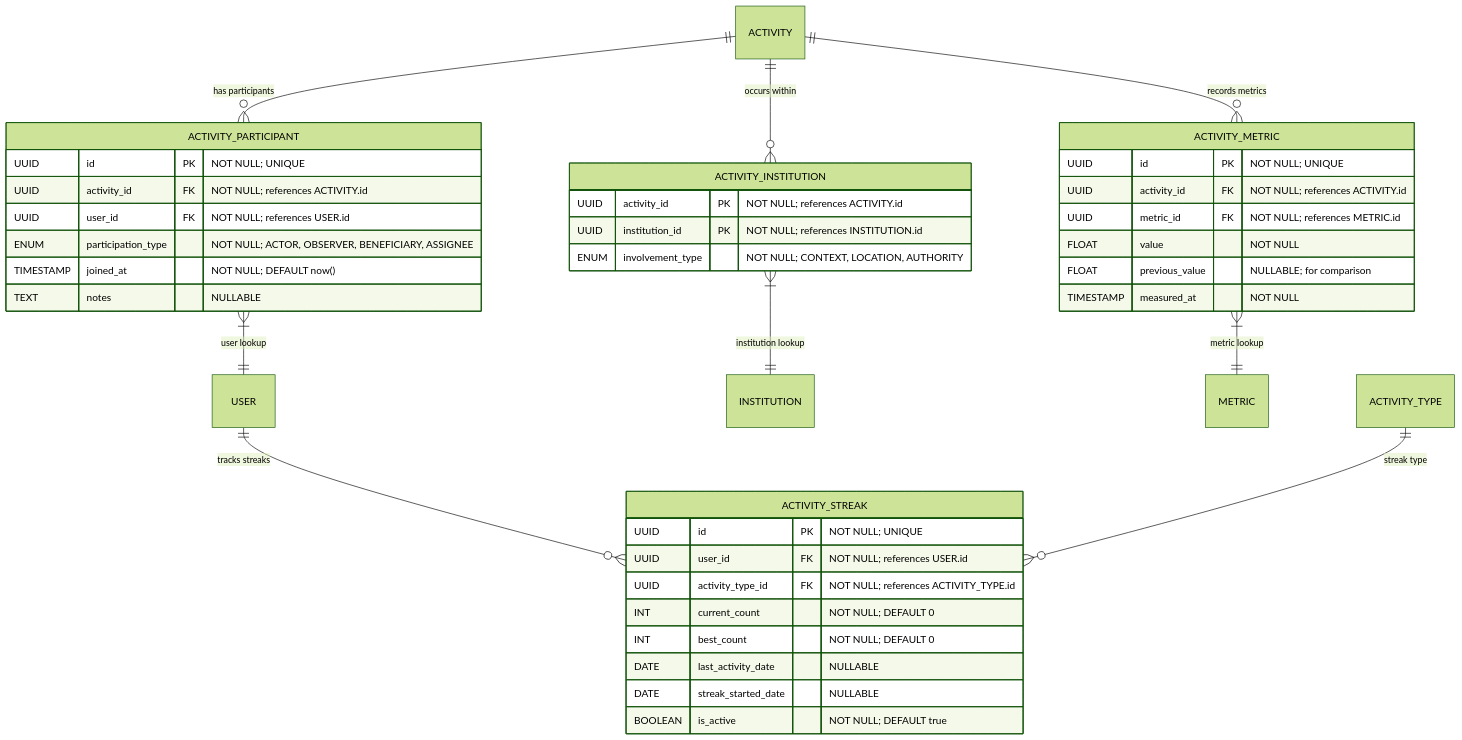
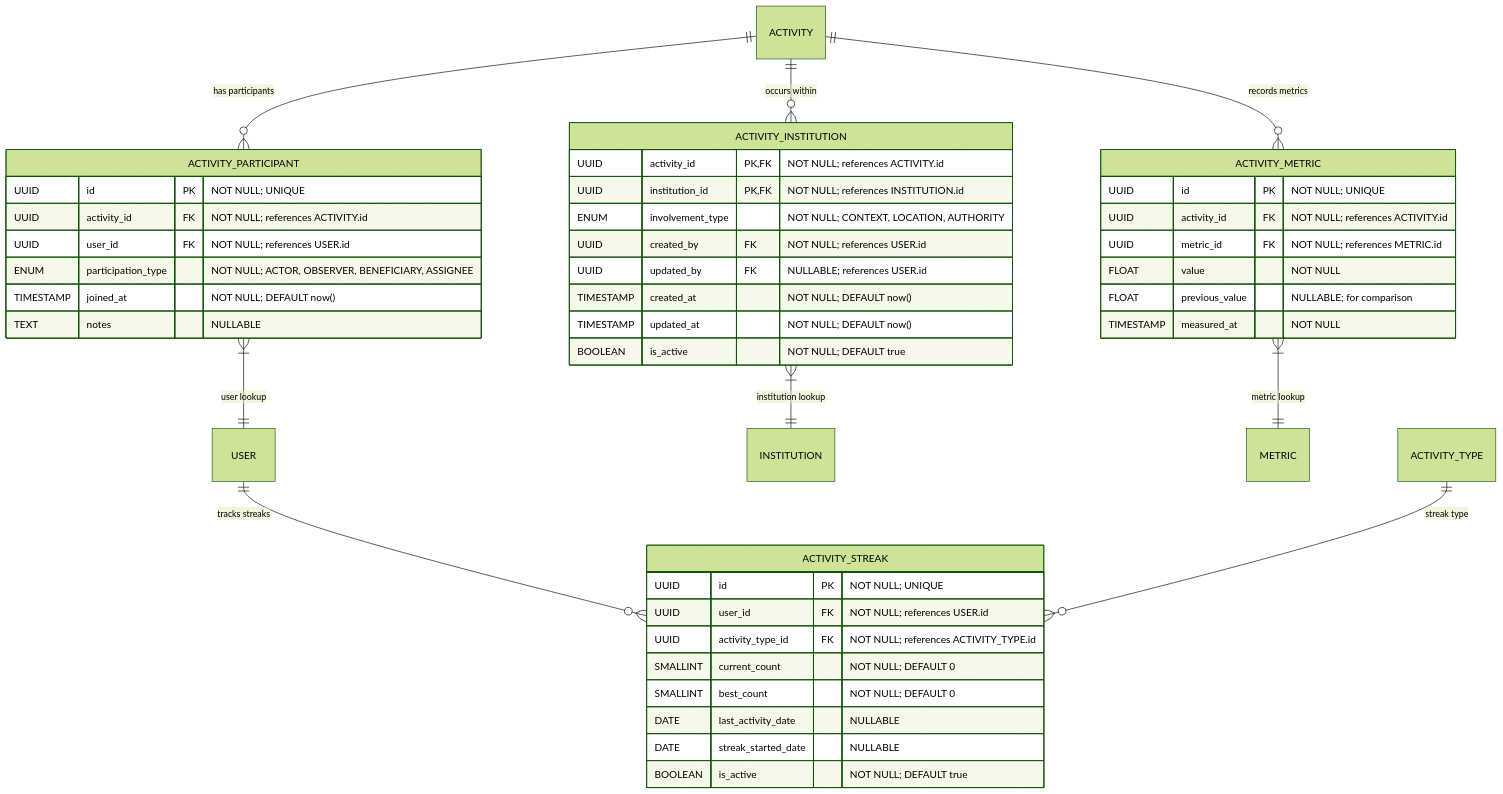
The diagram in docs/activity/activity_context_associations.md (Dratharias/Motriforge), drawn with Mermaid (forest theme) before and after one commit. The commit also changed 31 other files, not shown here.

````diff
--- a/docs/activity/activity_context_associations.md
+++ b/docs/activity/activity_context_associations.md
@@ -8,50 +8,55 @@
 ```mermaid
 erDiagram
   %%=== Layer 2: Activity Context & Associations ===%%
 
   ACTIVITY_PARTICIPANT {
     UUID id PK                         "NOT NULL; UNIQUE"
     UUID activity_id FK                "NOT NULL; references ACTIVITY.id"
     UUID user_id FK                    "NOT NULL; references USER.id"
     ENUM participation_type            "NOT NULL; ACTOR, OBSERVER, BENEFICIARY, ASSIGNEE"
     TIMESTAMP joined_at                "NOT NULL; DEFAULT now()"
     TEXT notes                         "NULLABLE"
   }
 
   ACTIVITY_INSTITUTION {
-    UUID activity_id PK                "NOT NULL; references ACTIVITY.id"
-    UUID institution_id PK             "NOT NULL; references INSTITUTION.id"
+    UUID activity_id PK,FK             "NOT NULL; references ACTIVITY.id"
+    UUID institution_id PK,FK          "NOT NULL; references INSTITUTION.id"
     ENUM involvement_type              "NOT NULL; CONTEXT, LOCATION, AUTHORITY"
+    UUID created_by FK                 "NOT NULL; references USER.id"
+    UUID updated_by FK                 "NULLABLE; references USER.id"
+    TIMESTAMP created_at               "NOT NULL; DEFAULT now()"
+    TIMESTAMP updated_at               "NOT NULL; DEFAULT now()"
+    BOOLEAN is_active                  "NOT NULL; DEFAULT true"
   }
 
   ACTIVITY_METRIC {
     UUID id PK                         "NOT NULL; UNIQUE"
     UUID activity_id FK                "NOT NULL; references ACTIVITY.id"
     UUID metric_id FK                  "NOT NULL; references METRIC.id"
     FLOAT value                        "NOT NULL"
     FLOAT previous_value               "NULLABLE; for comparison"
     TIMESTAMP measured_at              "NOT NULL"
   }
 
   ACTIVITY_STREAK {
     UUID id PK                         "NOT NULL; UNIQUE"
     UUID user_id FK                    "NOT NULL; references USER.id"
     UUID activity_type_id FK           "NOT NULL; references ACTIVITY_TYPE.id"
-    INT current_count                  "NOT NULL; DEFAULT 0"
-    INT best_count                     "NOT NULL; DEFAULT 0"
+    SMALLINT current_count                  "NOT NULL; DEFAULT 0"
+    SMALLINT best_count                     "NOT NULL; DEFAULT 0"
     DATE last_activity_date            "NULLABLE"
     DATE streak_started_date           "NULLABLE"
     BOOLEAN is_active                  "NOT NULL; DEFAULT true"
   }
 
   %%— Relationships in Layer 2 —
   ACTIVITY ||--o{ ACTIVITY_PARTICIPANT : "has participants"
   ACTIVITY ||--o{ ACTIVITY_INSTITUTION : "occurs within"
   ACTIVITY ||--o{ ACTIVITY_METRIC      : "records metrics"
   ACTIVITY_PARTICIPANT }|--|| USER     : "user lookup"
   ACTIVITY_INSTITUTION }|--|| INSTITUTION : "institution lookup"
   ACTIVITY_METRIC }|--|| METRIC        : "metric lookup"
   USER ||--o{ ACTIVITY_STREAK          : "tracks streaks"
   ACTIVITY_TYPE ||--o{ ACTIVITY_STREAK : "streak type"
 
 ```
````
